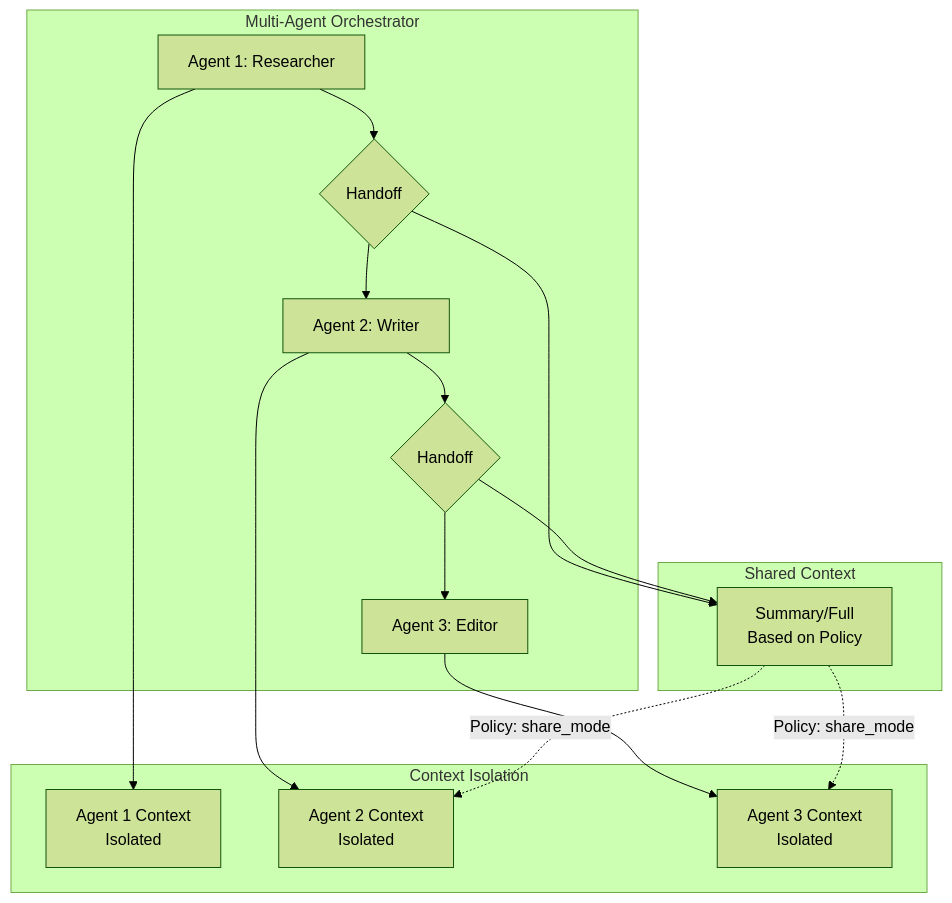
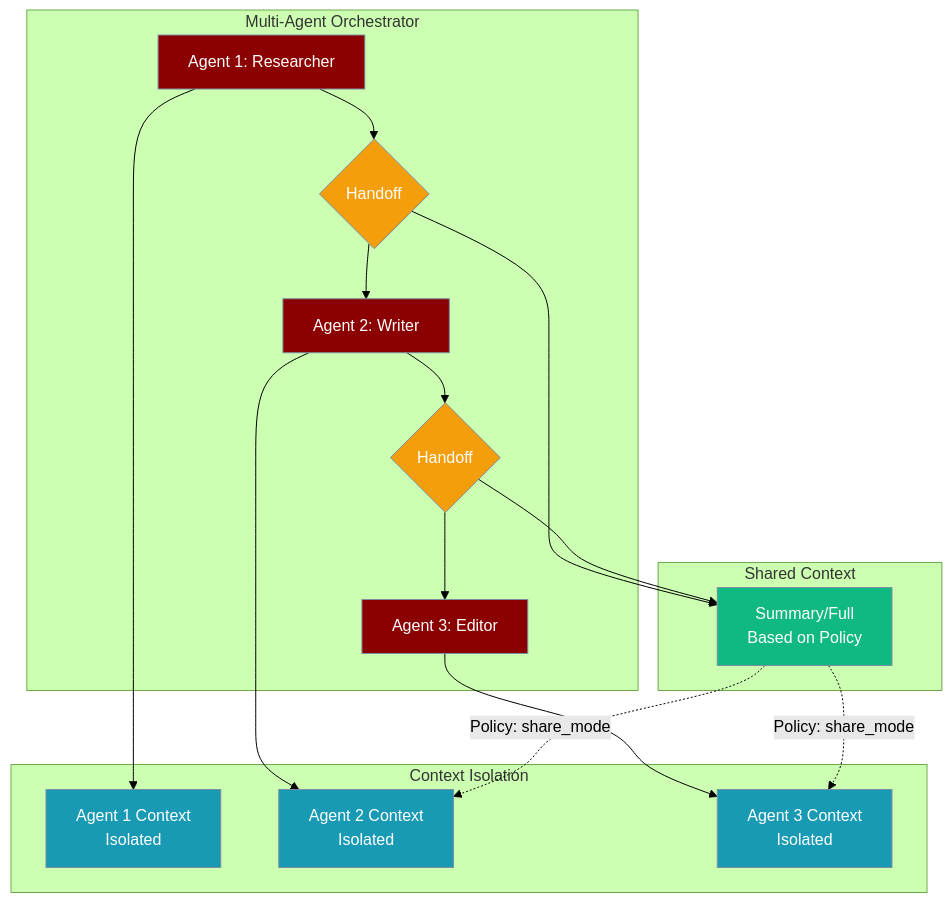
One commit to MervinPraison/PraisonAIDocs changed the second of 2 diagrams in docs/features/context-multi-agent-policies.mdx. Above: the diagram before and after it, drawn with Mermaid (forest theme). The commit also changed 2 other files, not shown here.

Commit message:
docs: add classDef to secondary architecture diagrams (AGENTS.md §9.4)
Add standard color-scheme classDef declarations to secondary mermaid
diagrams in browser-agent, context-manager-module, and
context-multi-agent-policies per AGENTS.md §9.4 requirement.

````diff
--- a/docs/features/context-multi-agent-policies.mdx
+++ b/docs/features/context-multi-agent-policies.mdx
@@ -63,27 +63,36 @@
 ```mermaid
 graph TD
     subgraph "Multi-Agent Orchestrator"
         A[Agent 1: Researcher] --> B{Handoff}
         B --> C[Agent 2: Writer]
         C --> D{Handoff}
         D --> E[Agent 3: Editor]
     end
     
     subgraph "Context Isolation"
         F[Agent 1 Context<br/>Isolated]
         G[Agent 2 Context<br/>Isolated]
         H[Agent 3 Context<br/>Isolated]
     end
     
     subgraph "Shared Context"
         I[Summary/Full<br/>Based on Policy]
     end
     
     A --> F
     C --> G
     E --> H
     B --> I
     D --> I
     I -.->|Policy: share_mode| G
     I -.->|Policy: share_mode| H
+
+    classDef agent fill:#8B0000,stroke:#7C90A0,color:#fff
+    classDef handoff fill:#F59E0B,stroke:#7C90A0,color:#fff
+    classDef isolated fill:#189AB4,stroke:#7C90A0,color:#fff
+    classDef shared fill:#10B981,stroke:#7C90A0,color:#fff
+    class A,C,E agent
+    class B,D handoff
+    class F,G,H isolated
+    class I shared
 ```
````
